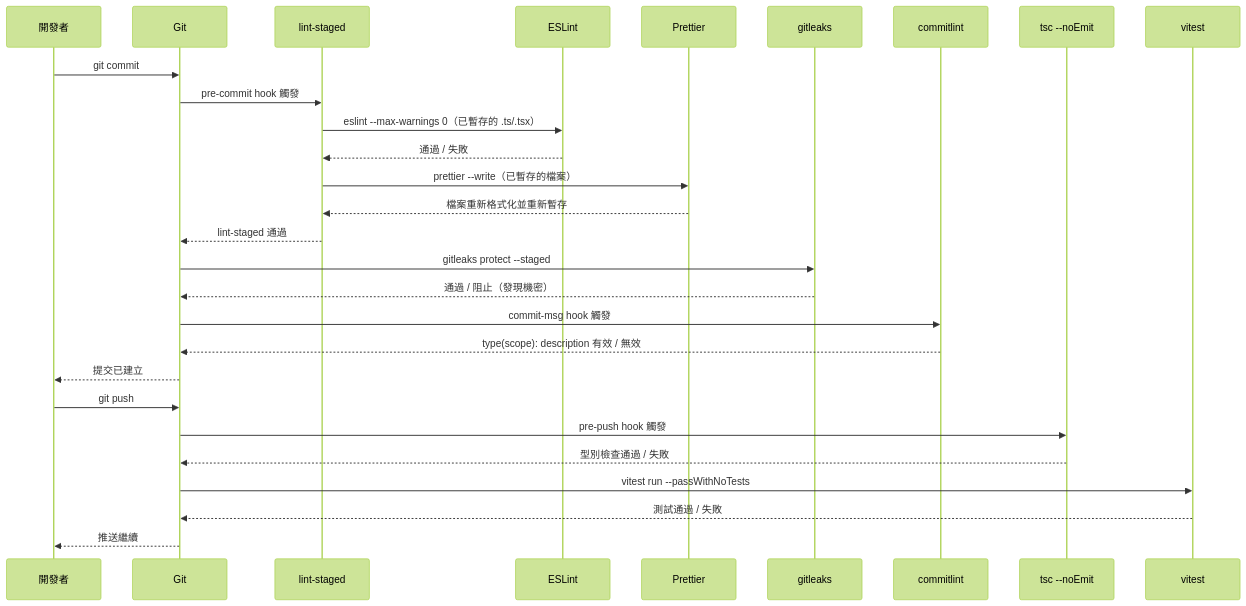
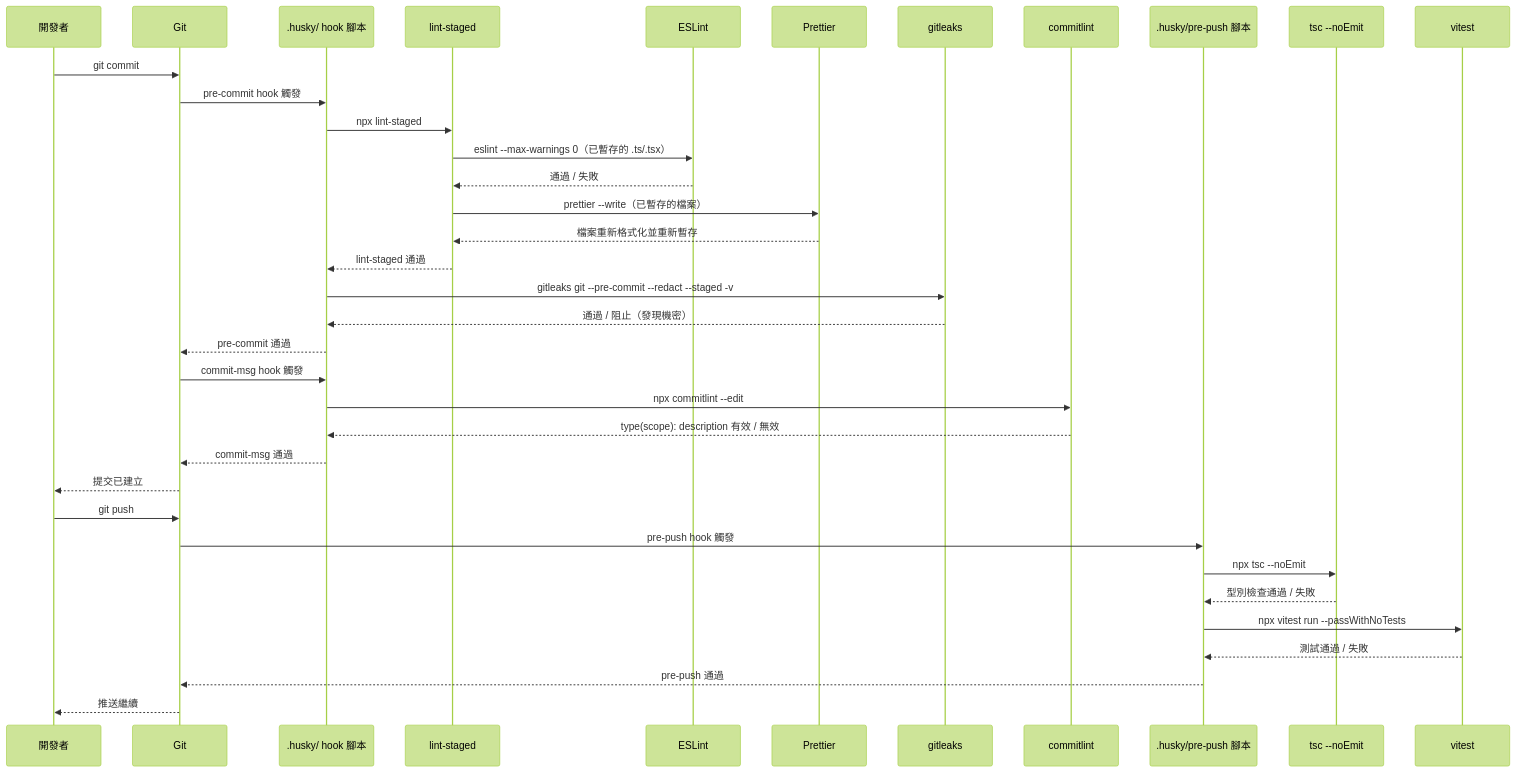
Before and after one commit to alivedise/frontend-engineering-essentials: the diagram in docs/zh-tw/Developer Experience and Tooling/1603.md, drawn with Mermaid (forest theme). The commit also changed other lines of this file and 5 other files, not shown here.

````diff
--- a/docs/zh-tw/Developer Experience and Tooling/1603.md
+++ b/docs/zh-tw/Developer Experience and Tooling/1603.md
@@ -109,32 +37,40 @@
 ```mermaid
 sequenceDiagram
     participant Dev as 開發者
     participant Git
+    participant Hook as .husky/ hook 腳本
     participant lintStaged as lint-staged
     participant ESLint
     participant Prettier
     participant gitleaks
     participant commitlint
+    participant PushHook as .husky/pre-push 腳本
     participant tsc as tsc --noEmit
     participant vitest
 
     Dev->>Git: git commit
-    Git->>lintStaged: pre-commit hook 觸發
+    Git->>Hook: pre-commit hook 觸發
+    Hook->>lintStaged: npx lint-staged
     lintStaged->>ESLint: eslint --max-warnings 0（已暫存的 .ts/.tsx）
     ESLint-->>lintStaged: 通過 / 失敗
     lintStaged->>Prettier: prettier --write（已暫存的檔案）
     Prettier-->>lintStaged: 檔案重新格式化並重新暫存
-    lintStaged-->>Git: lint-staged 通過
-    Git->>gitleaks: gitleaks protect --staged
-    gitleaks-->>Git: 通過 / 阻止（發現機密）
-    Git->>commitlint: commit-msg hook 觸發
-    commitlint-->>Git: type(scope): description 有效 / 無效
+    lintStaged-->>Hook: lint-staged 通過
+    Hook->>gitleaks: gitleaks git --pre-commit --redact --staged -v
+    gitleaks-->>Hook: 通過 / 阻止（發現機密）
+    Hook-->>Git: pre-commit 通過
+    Git->>Hook: commit-msg hook 觸發
+    Hook->>commitlint: npx commitlint --edit
+    commitlint-->>Hook: type(scope): description 有效 / 無效
+    Hook-->>Git: commit-msg 通過
     Git-->>Dev: 提交已建立
 
     Dev->>Git: git push
-    Git->>tsc: pre-push hook 觸發
-    tsc-->>Git: 型別檢查通過 / 失敗
-    Git->>vitest: vitest run --passWithNoTests
-    vitest-->>Git: 測試通過 / 失敗
+    Git->>PushHook: pre-push hook 觸發
+    PushHook->>tsc: npx tsc --noEmit
+    tsc-->>PushHook: 型別檢查通過 / 失敗
+    PushHook->>vitest: npx vitest run --passWithNoTests
+    vitest-->>PushHook: 測試通過 / 失敗
+    PushHook-->>Git: pre-push 通過
     Git-->>Dev: 推送繼續
 ```
````
